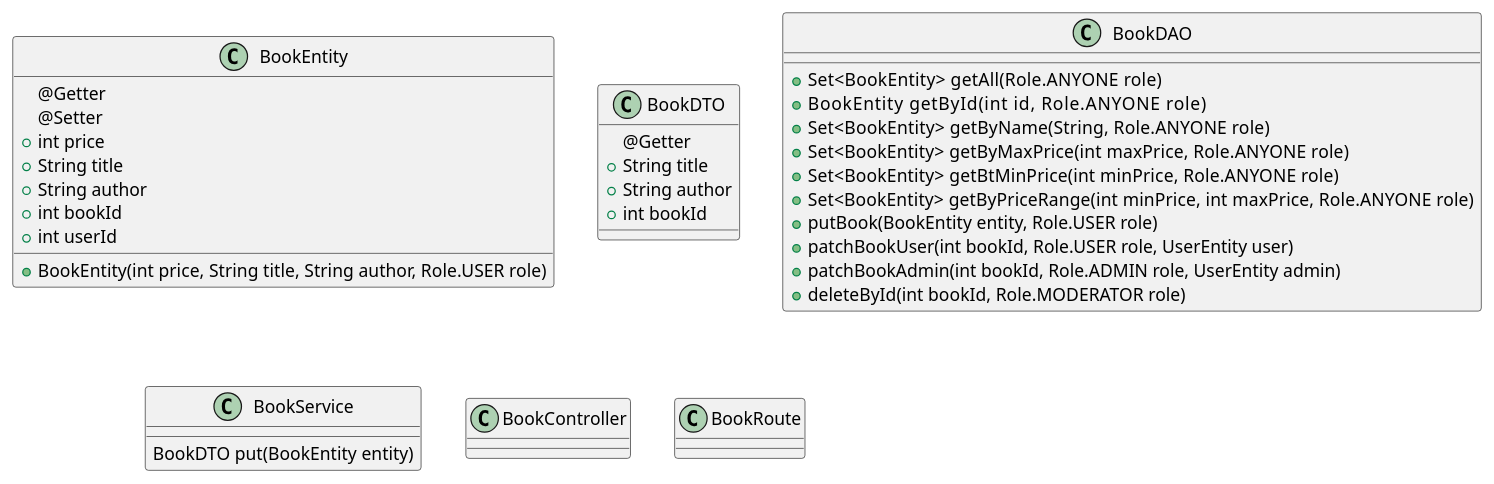
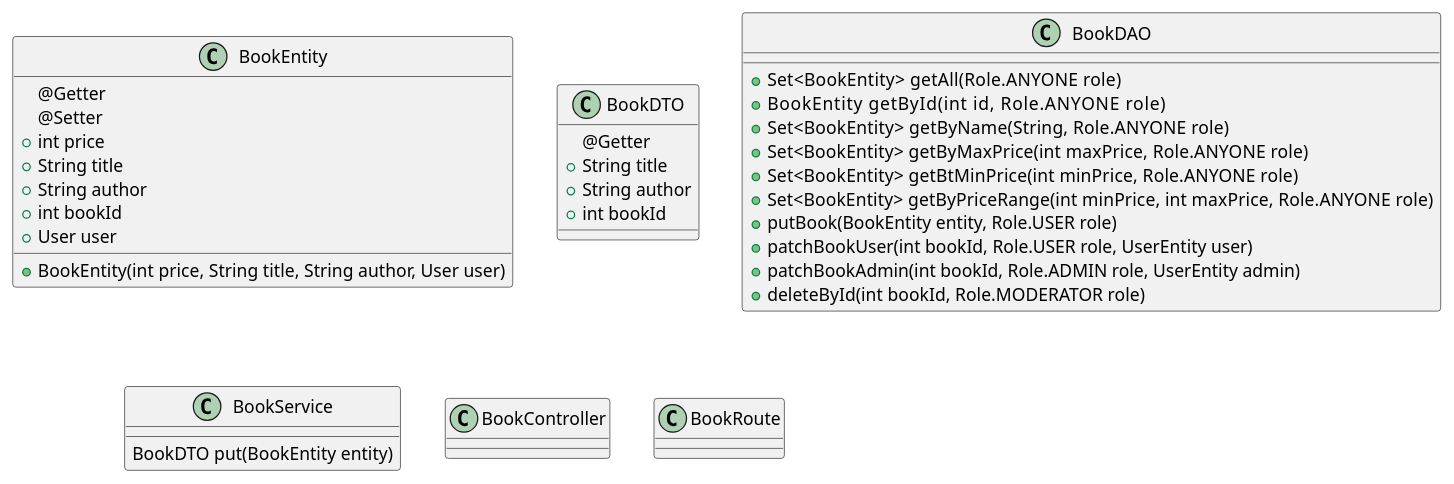
One commit to 73N37/BookAPI changed the diagram in src/main/java/T3N3T/Diagram/BookClass.puml. Above: the diagram before and after it, drawn with PlantUML. The commit also changed 2 other files, not shown here.

Commit message:
used JPA in my User class

```diff
--- a/src/main/java/T3N3T/Diagram/BookClass.puml
+++ b/src/main/java/T3N3T/Diagram/BookClass.puml
@@ -1,46 +1,46 @@
 @startuml
 'https://plantuml.com/class-diagram
 
 class   BookEntity
 class   BookDTO
 class   BookDAO
 class   BookService
 class   BookController
 class   BookRoute
 
 class BookDAO {
 +   Set<BookEntity>   getAll(Role.ANYONE role)
 +   BookEntity        getById(int id, Role.ANYONE role)
 +   Set<BookEntity>   getByName(String, Role.ANYONE role)
 +   Set<BookEntity>   getByMaxPrice(int maxPrice, Role.ANYONE role)
 +   Set<BookEntity>   getBtMinPrice(int minPrice, Role.ANYONE role)
 +   Set<BookEntity>   getByPriceRange(int minPrice, int maxPrice, Role.ANYONE role)
 +   putBook(BookEntity entity, Role.USER role)
 +   patchBookUser(int bookId, Role.USER role, UserEntity user)
 +   patchBookAdmin(int bookId, Role.ADMIN role, UserEntity admin)
 +   deleteById(int bookId, Role.MODERATOR role)
 }
 
 class BookEntity{
 @Getter
 @Setter
 + int price
 + String title
 + String author
 + int bookId
-+ int userId
-+ BookEntity(int price, String title, String author, Role.USER role)
++ User user
++ BookEntity(int price, String title, String author, User user)
 }
 
 class BookDTO{
 @Getter
 + String title
 + String author
 + int bookId
 }
 
 class BookService{
 BookDTO put(BookEntity entity)
 }
 
 @enduml
```
